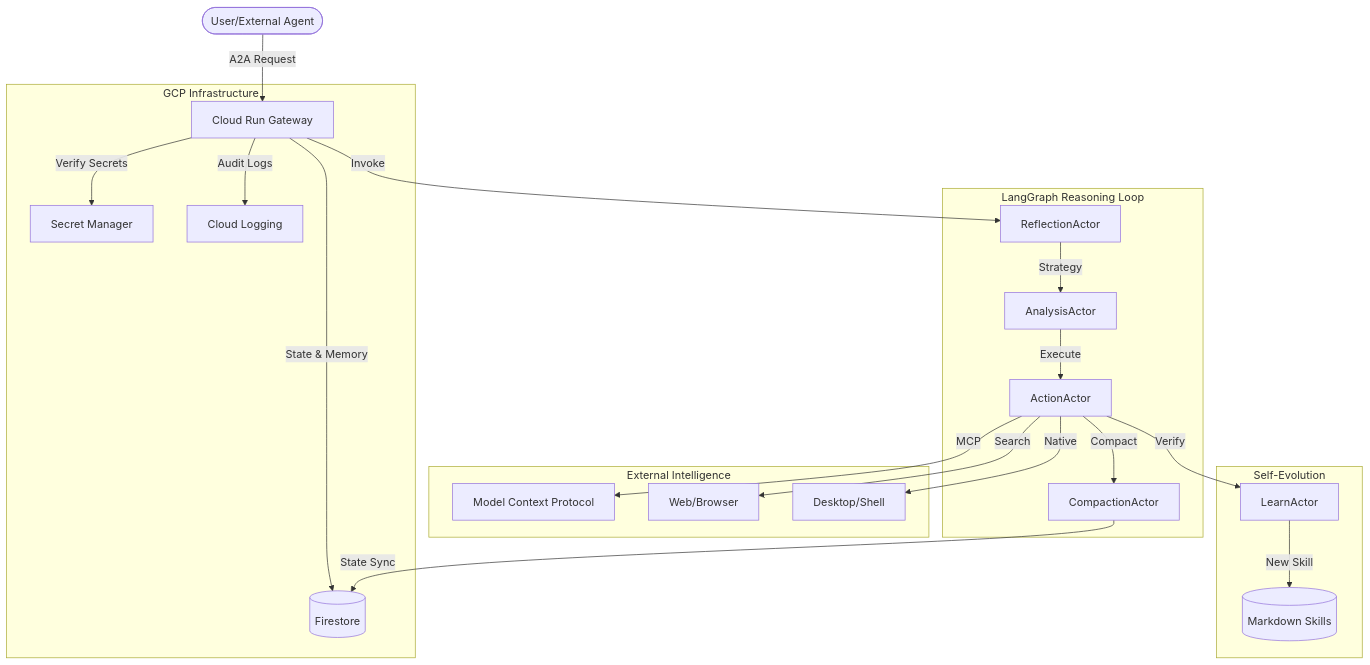
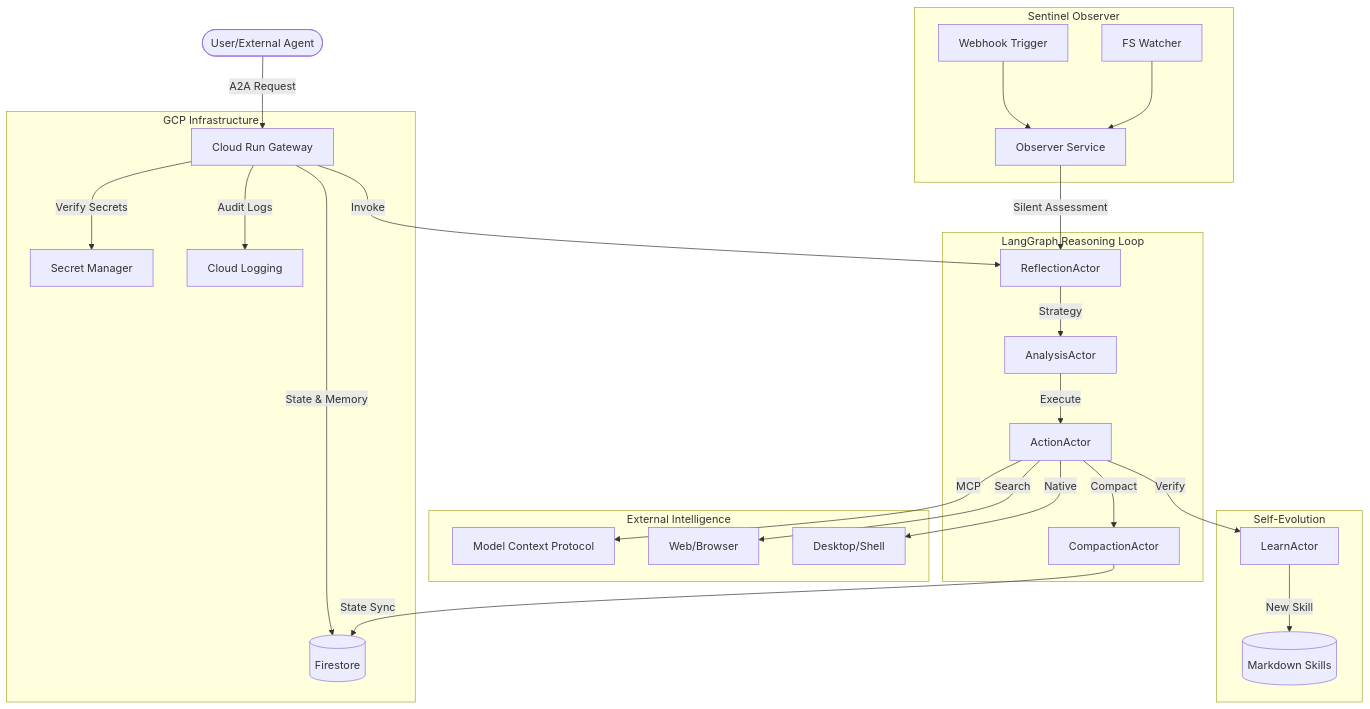
One commit to VectorZen217/MidpointX changed the diagram in README.md. Above: the diagram before and after it, drawn with Mermaid. The commit also changed other lines of this file and 29 other files, not shown here.

````diff
--- a/README.md
+++ b/README.md
@@ -17,29 +17,35 @@
 ```mermaid
 graph TD
     User([User/External Agent]) -->|A2A Request| Gateway[Cloud Run Gateway]
     
     subgraph GCP Infrastructure
         Gateway -->|Verify Secrets| SM[Secret Manager]
         Gateway -->|Audit Logs| CL[Cloud Logging]
         Gateway -->|State & Memory| FS[(Firestore)]
     end
 
+    subgraph Sentinel Observer
+        Webhooks[Webhook Trigger] --> Observer[Observer Service]
+        Filesystem[FS Watcher] --> Observer
+    end
+
     subgraph LangGraph Reasoning Loop
         Gateway -->|Invoke| Reflect[ReflectionActor]
+        Observer -->|Silent Assessment| Reflect
         Reflect -->|Strategy| Analyze[AnalysisActor]
         Analyze -->|Execute| Action[ActionActor]
         Action -->|Compact| Compact[CompactionActor]
         Compact -->|State Sync| FS
     end
 
     subgraph External Intelligence
         Action -->|MCP| Tools[Model Context Protocol]
         Action -->|Search| Web[Web/Browser]
         Action -->|Native| OS[Desktop/Shell]
     end
     
     subgraph Self-Evolution
         Action -->|Verify| Learn[LearnActor]
         Learn -->|New Skill| Memory[(Markdown Skills)]
     end
 ```
````
